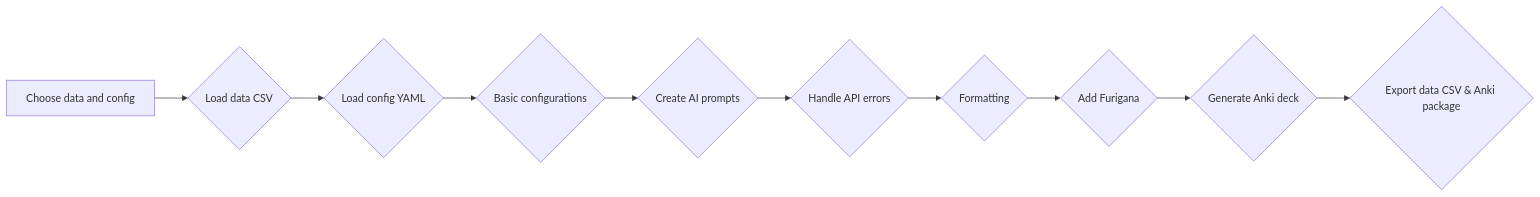
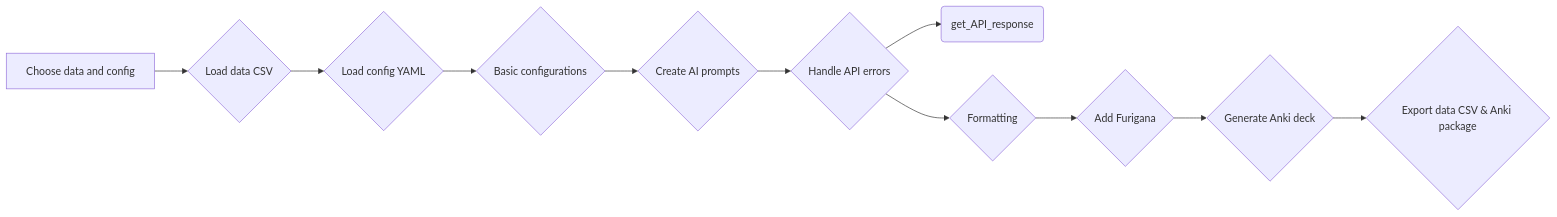
One commit to moritzvitt/moritzProjekt changed the second of 2 diagrams in README.md. Above: the diagram before and after it, drawn with Mermaid. The commit also changed 2 other files, not shown here.

Commit message:
Added mermaid diagram to README

````diff
--- a/README.md
+++ b/README.md
@@ -14,12 +14,13 @@
 ```mermaid
 graph LR;
     A[Choose data and config] --> B{Load data CSV};
     B --> C{Load config YAML};
     C --> D{Basic configurations};
     D --> E{Create AI prompts};
     E --> F{Handle API errors};
+    F --> R(get_API_response)
     F --> G{Formatting};
     G --> H{Add Furigana};
     H --> I{Generate Anki deck};
     I --> J{Export data CSV & Anki package};
 ```
````
